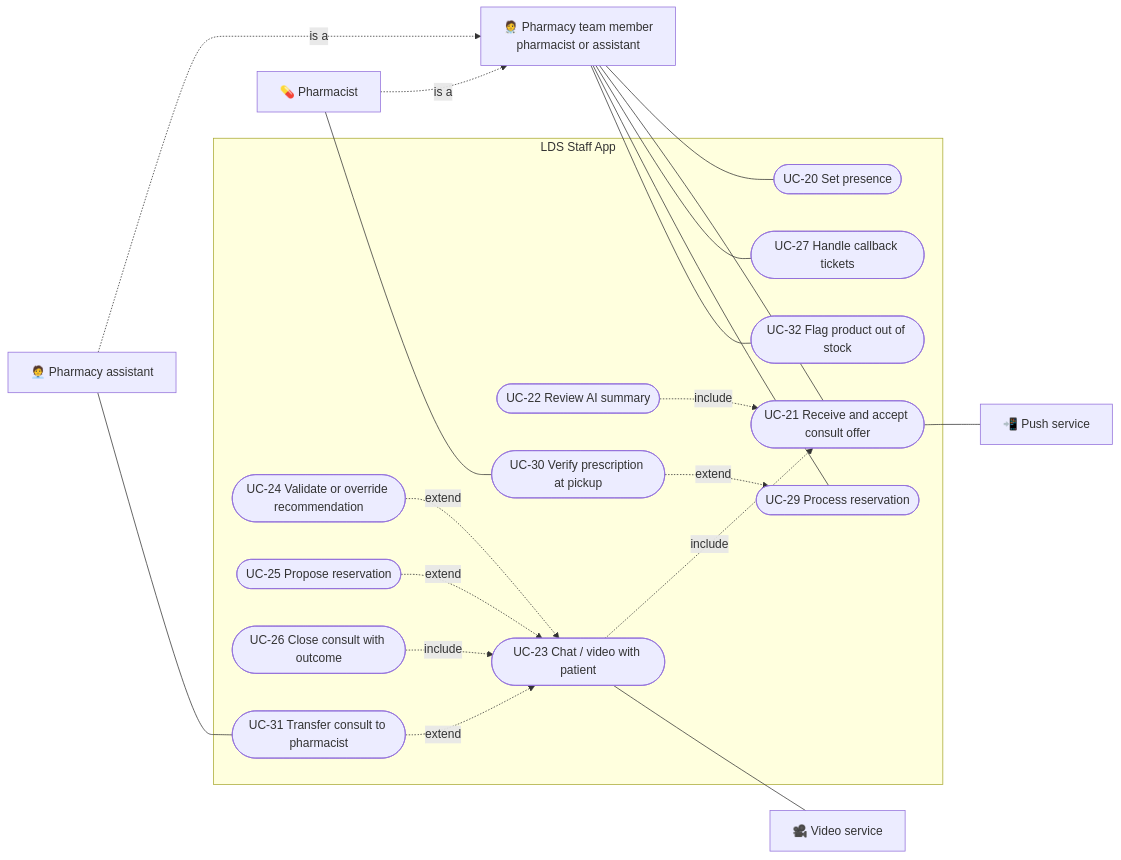
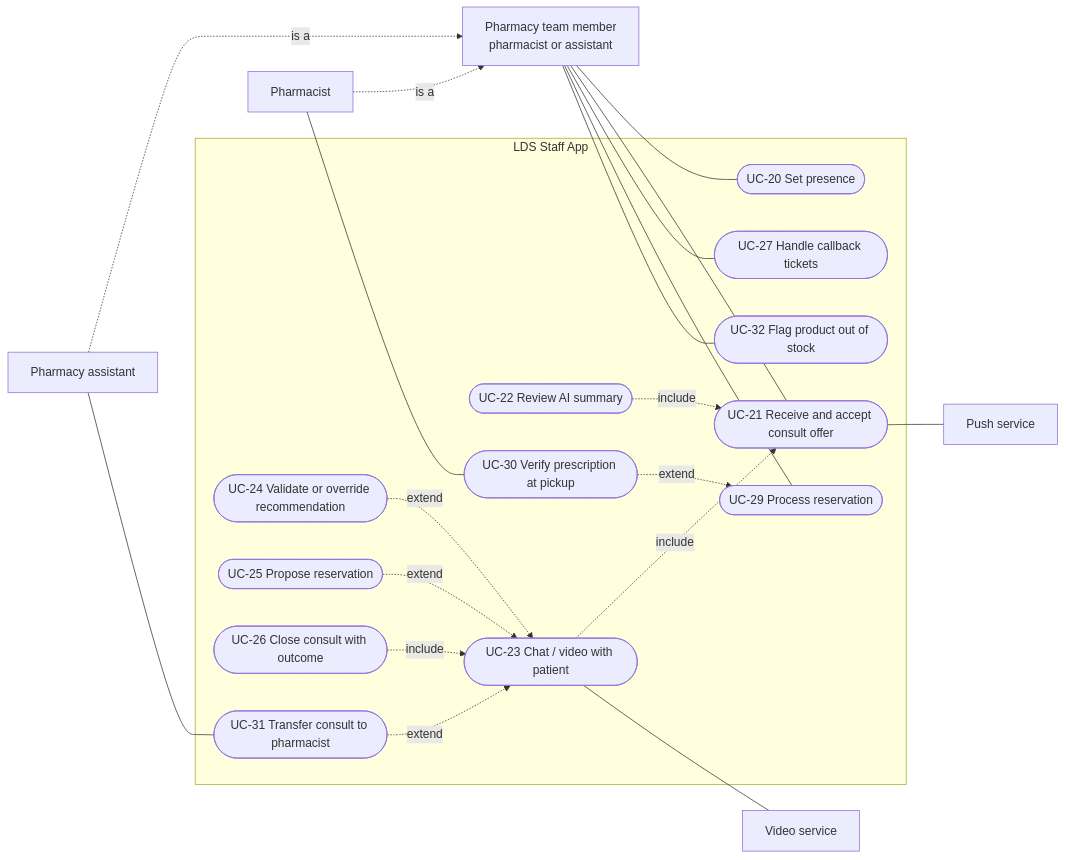
One commit to MehaiIulian/medical-localdistributionsystem changed the second of 3 diagrams in docs/04-use-cases.md. Above: the diagram before and after it, drawn with Mermaid. The commit also changed other lines of this file and 10 other files, not shown here.

````diff
--- a/docs/04-use-cases.md
+++ b/docs/04-use-cases.md
@@ -79,46 +79,46 @@
 ```mermaid
 flowchart LR
-    Team[🧑‍⚕️ Pharmacy team member<br/>pharmacist or assistant]
-    Ph[💊 Pharmacist]
-    As[🧑‍💼 Pharmacy assistant]
+    Team[Pharmacy team member<br/>pharmacist or assistant]
+    Ph[Pharmacist]
+    As[Pharmacy assistant]
 
     subgraph STAFF["LDS Staff App"]
         S1([UC-20 Set presence])
         S2([UC-21 Receive and accept consult offer])
         S3([UC-22 Review AI summary])
         S4([UC-23 Chat / video with patient])
         S5([UC-24 Validate or override recommendation])
         S6([UC-25 Propose reservation])
         S7([UC-26 Close consult with outcome])
         S8([UC-27 Handle callback tickets])
         S12([UC-31 Transfer consult to pharmacist])
         S10([UC-29 Process reservation])
         S11([UC-30 Verify prescription at pickup])
         S13([UC-32 Flag product out of stock])
     end
 
-    Push[📲 Push service]
-    Video[🎥 Video service]
+    Push[Push service]
+    Video[Video service]
 
     Ph -. "is a" .-> Team
     As -. "is a" .-> Team
 
     Team --- S1
     Team --- S2
     Team --- S8
     Team --- S10
     Team --- S13
     Ph --- S11
     As --- S12
 
     S3 -. include .-> S2
     S4 -. include .-> S2
     S5 -. extend .-> S4
     S6 -. extend .-> S4
     S7 -. include .-> S4
     S12 -. extend .-> S4
     S11 -. extend .-> S10
 
     S2 --- Push
     S4 --- Video
 ```
````
